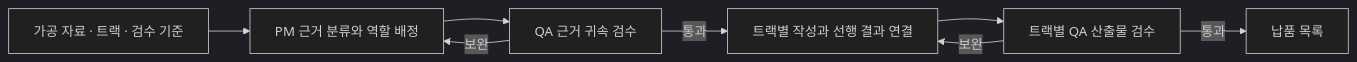
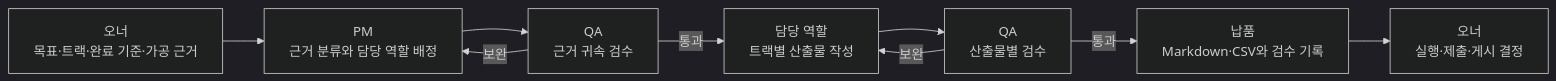
One commit to uuyeong/AGENT-STUDY changed the diagram in docs/DESIGN.md. Above: the diagram before and after it, drawn with Mermaid (dark theme). The commit also changed other lines of this file and 5 other files, not shown here.

Commit message:
Document Hermes architecture and Pabi workflow results

````diff
--- a/docs/DESIGN.md
+++ b/docs/DESIGN.md
@@ -5,10 +5,11 @@
 ```mermaid
 flowchart LR
-  A["가공 자료 · 트랙 · 검수 기준"] --> B["PM 근거 분류와 역할 배정"]
-  B --> R["QA 근거 귀속 검수"]
-  R -->|"통과"| C["트랙별 작성과 선행 결과 연결"]
-  R -->|"보완"| B
-  C --> D["트랙별 QA 산출물 검수"]
-  D -->|"통과"| E["납품 목록"]
-  D -->|"보완"| C
+  A["오너<br/>목표·트랙·완료 기준·가공 근거"] --> P["PM<br/>근거 분류와 담당 역할 배정"]
+  P --> R["QA<br/>근거 귀속 검수"]
+  R -->|"보완"| P
+  R -->|"통과"| W["담당 역할<br/>트랙별 산출물 작성"]
+  W --> Q["QA<br/>산출물별 검수"]
+  Q -->|"보완"| W
+  Q -->|"통과"| D["납품<br/>Markdown·CSV와 검수 기록"]
+  D --> O["오너<br/>실행·제출·게시 결정"]
 ```
````
